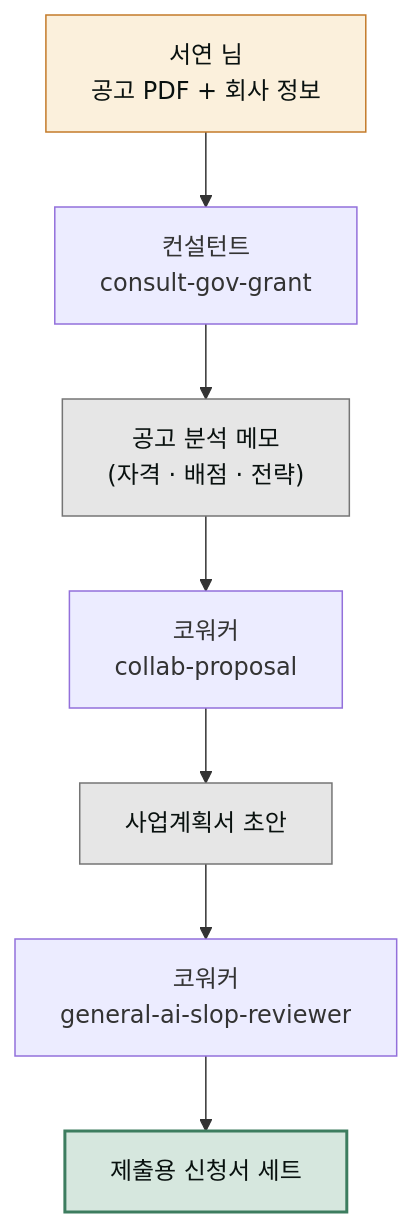
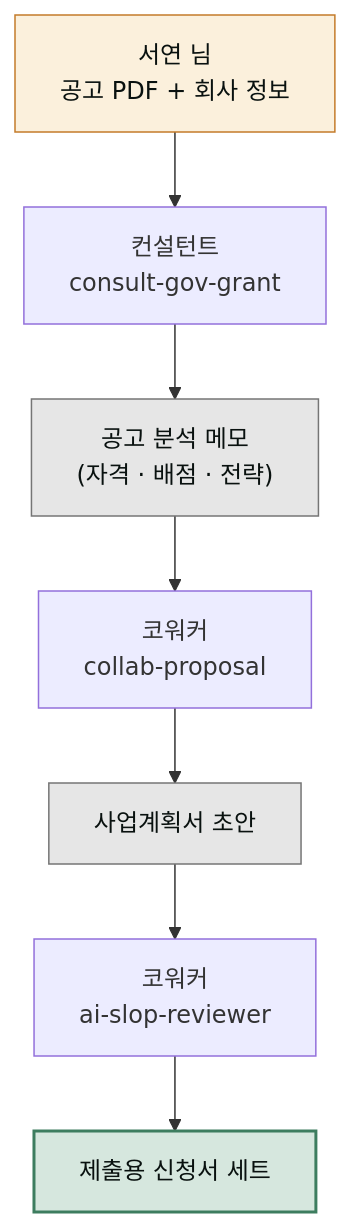
The diagram in www/content/cookbook/projects/gov-grant-application.md (modu-ai/cowork-plugins), drawn with Mermaid before and after one commit. The commit also changed other lines of this file and 270 other files, not shown here.

````diff
--- a/www/content/cookbook/projects/gov-grant-application.md
+++ b/www/content/cookbook/projects/gov-grant-application.md
@@ -53,14 +53,14 @@
 ```mermaid
 flowchart TD
    U["서연 님<br/>공고 PDF + 회사 정보"] --> C1["컨설턴트<br/>consult-gov-grant"]
    C1 --> R1["공고 분석 메모<br/>(자격 · 배점 · 전략)"]
    R1 --> W1["코워커<br/>collab-proposal"]
    W1 --> R2["사업계획서 초안"]
-   R2 --> W2["코워커<br/>general-ai-slop-reviewer"]
+   R2 --> W2["코워커<br/>ai-slop-reviewer"]
    W2 --> OUT["제출용 신청서 세트"]
 
    style U fill:#fbf0dc,stroke:#c47b2a,color:#09110f
    style R1 fill:#e6e6e6,stroke:#757575,color:#09110f
    style R2 fill:#e6e6e6,stroke:#757575,color:#09110f
    style OUT fill:#d6e7de,stroke:#3d7d5f,stroke-width:2px,color:#09110f
 ```
````
